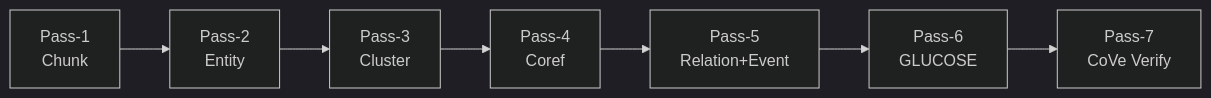
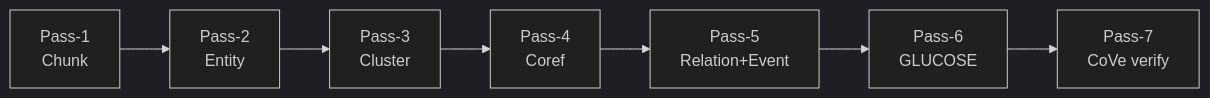
Before and after one commit to YunyueLi/LoreGraph: the second of 2 diagrams in README.md, drawn with Mermaid (dark theme). The commit also changed other lines of this file and 1 other file, not shown here.

````diff
--- a/README.md
+++ b/README.md
@@ -21,9 +117,9 @@
 ```mermaid
 graph LR
-  A[Pass-1<br/>Chunk] --> B[Pass-2<br/>Entity]
-  B --> C[Pass-3<br/>Cluster]
-  C --> D[Pass-4<br/>Coref]
-  D --> E[Pass-5<br/>Relation+Event]
-  E --> F[Pass-6<br/>GLUCOSE]
-  F --> G[Pass-7<br/>CoVe Verify]
+  P1["Pass-1<br/>Chunk"] --> P2["Pass-2<br/>Entity"]
+  P2 --> P3["Pass-3<br/>Cluster"]
+  P3 --> P4["Pass-4<br/>Coref"]
+  P4 --> P5["Pass-5<br/>Relation+Event"]
+  P5 --> P6["Pass-6<br/>GLUCOSE"]
+  P6 --> P7["Pass-7<br/>CoVe verify"]
 ```
````
